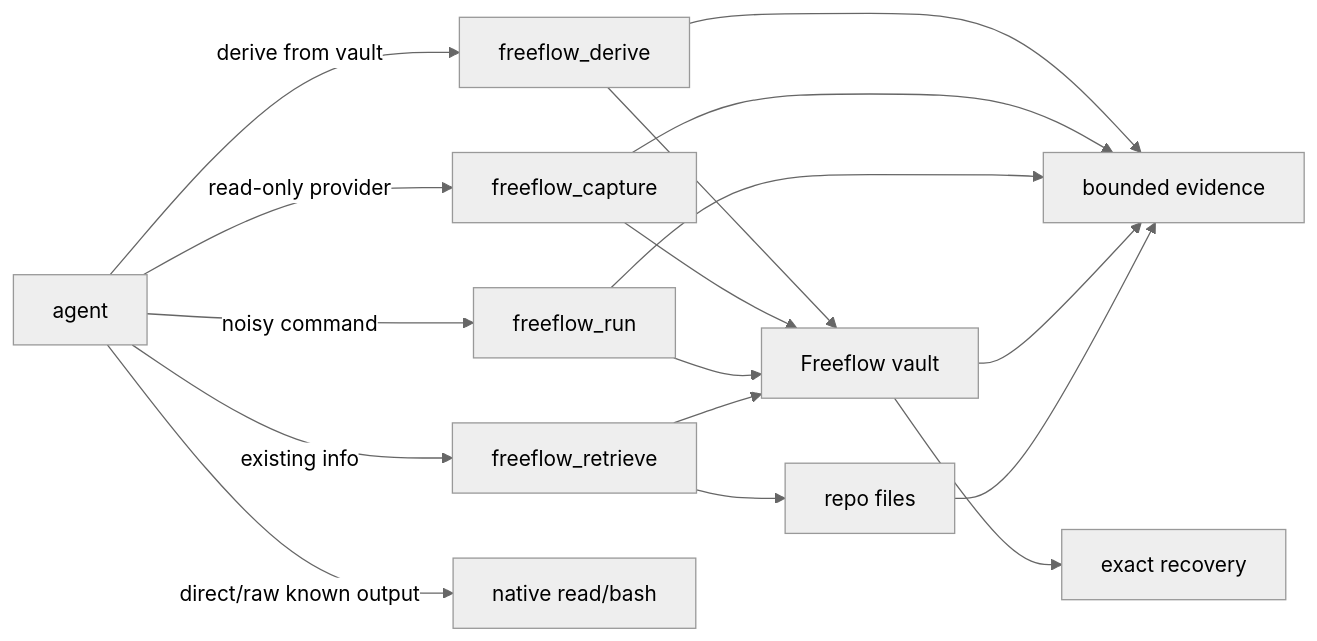
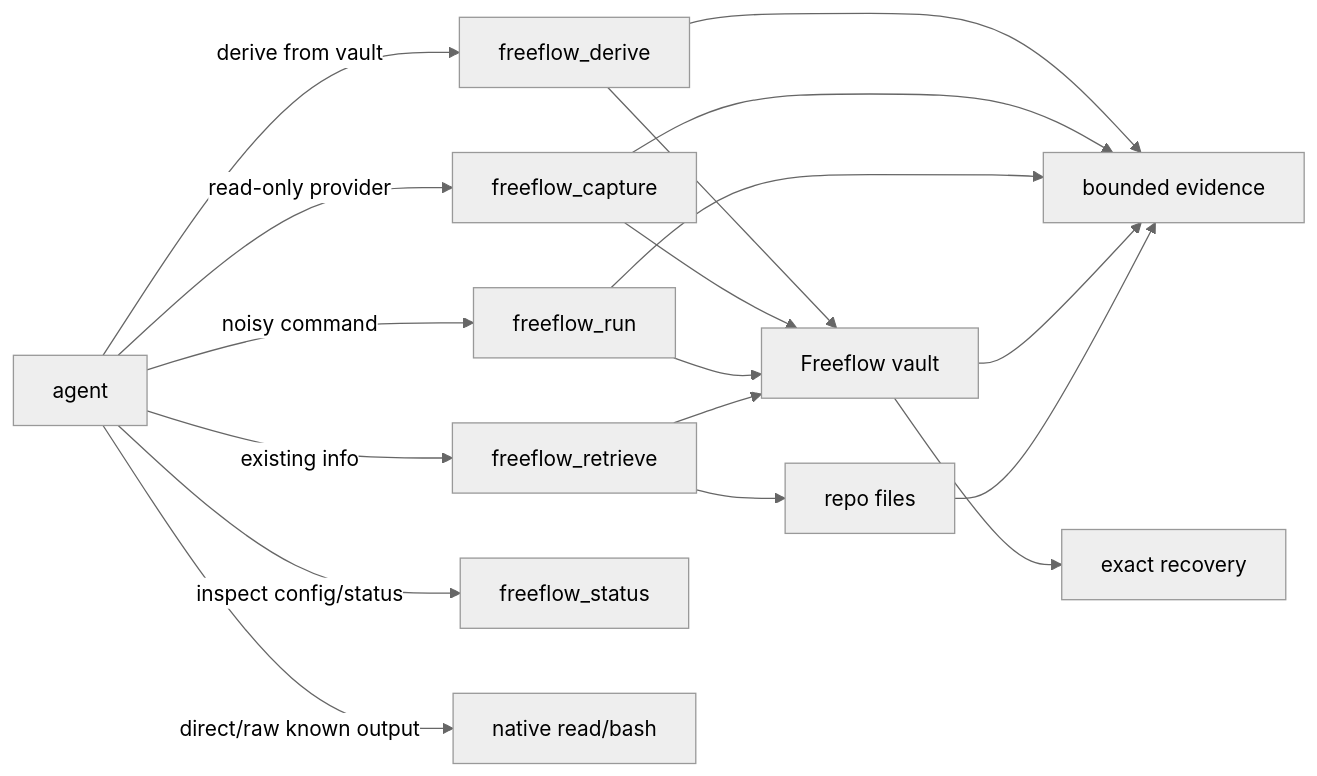
One commit to hassan-mohiddin/freeflow changed the diagram in plugins/freeflow/docs/output-router.md. Above: the diagram before and after it, drawn with Mermaid (neutral theme). The commit also changed other lines of this file and 14 other files, not shown here.

Commit message:
Add Freeflow status diagnostics

````diff
--- a/plugins/freeflow/docs/output-router.md
+++ b/plugins/freeflow/docs/output-router.md
@@ -32,28 +33,30 @@
 ```mermaid
 flowchart LR
   Agent[agent]
   Retrieve[freeflow_retrieve]
   Run[freeflow_run]
   Repo[repo files]
   Vault[Freeflow vault]
   Capture[freeflow_capture]
   Derive[freeflow_derive]
+  Status[freeflow_status]
   Native[native read/bash]
   Evidence[bounded evidence]
   Raw[exact recovery]
 
   Agent -->|existing info| Retrieve
   Agent -->|noisy command| Run
   Agent -->|read-only provider| Capture
   Agent -->|derive from vault| Derive
+  Agent -->|inspect config/status| Status
   Agent -->|direct/raw known output| Native
   Retrieve --> Repo --> Evidence
   Retrieve --> Vault --> Evidence
   Run --> Vault
   Capture --> Vault
   Derive --> Vault
   Run --> Evidence
   Capture --> Evidence
   Derive --> Evidence
   Vault --> Raw
 ```
````
